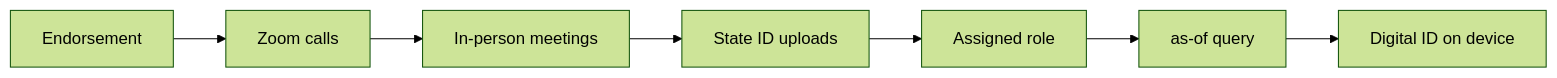
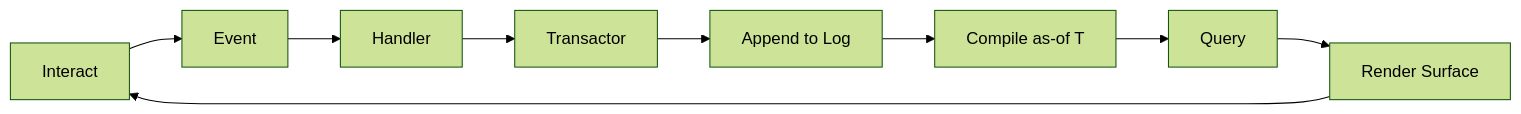
Before and after one commit to Synthetic-Identity-Co/conj-talk-2025: the first of 4 diagrams in conj-talk-2025.md, drawn with Mermaid (forest theme). The commit also changed other lines of this file, not shown here.

````diff
--- a/conj-talk-2025.md
+++ b/conj-talk-2025.md
@@ -119,9 +112,11 @@
 ```mermaid
 graph LR
-    A[Endorsement] --> B[Zoom calls]
-    B --> C[In-person meetings]
-    C --> D[State ID uploads]
-    D --> E[Assigned role]
-    E --> F[as-of query]
-    F --> G[Digital ID on device]
+    A[Interact] --> B[Event]
+    B --> C[Handler]
+    C --> D[Transactor]
+    D --> E[Append to Log]
+    E --> F[Compile as-of T]
+    F --> G[Query]
+    G --> H[Render Surface]
+    H --> A
 ```
````
